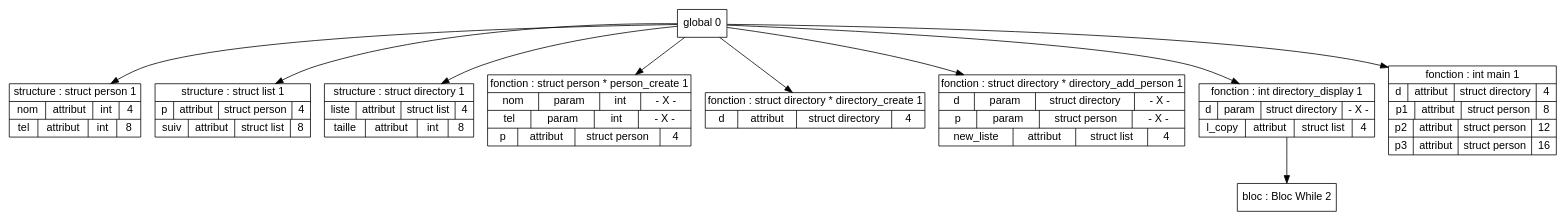
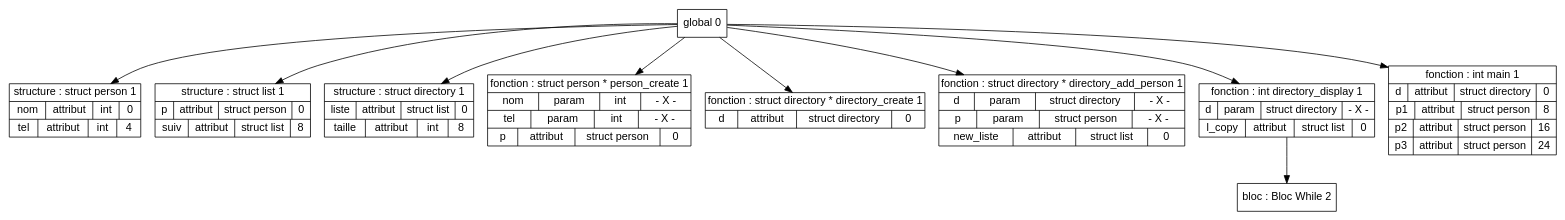
Before and after one commit to Hamza-ABDOULHOUSSEN/compil: the diagram in Code/out/tds/dot/Test_Semantique/annuaire.dot, drawn with Graphviz. The commit also changed 27 other files, not shown here.

```diff
--- a/Code/out/tds/dot/Test_Semantique/annuaire.dot
+++ b/Code/out/tds/dot/Test_Semantique/annuaire.dot
@@ -1,64 +1,64 @@
 digraph "tds"{
 
 	node [fontname="Arial"];
 
 	N1 [shape=record label="{ structure : struct person 1
-	| { nom | attribut | int | 4 }
-	| { tel | attribut | int | 8 }
+	| { nom | attribut | int | 0 }
+	| { tel | attribut | int | 4 }
 	}"];
 
 	N2 [shape=record label="{ structure : struct list 1
-	| { p | attribut | struct person | 4 }
+	| { p | attribut | struct person | 0 }
 	| { suiv | attribut | struct list | 8 }
 	}"];
 
 	N3 [shape=record label="{ structure : struct directory 1
-	| { liste | attribut | struct list | 4 }
+	| { liste | attribut | struct list | 0 }
 	| { taille | attribut | int | 8 }
 	}"];
 
 	N4 [shape=record label="{ fonction : struct person * person_create 1
 	| { nom | param | int | - X - }
 	| { tel | param | int | - X - }
-	| { p | attribut | struct person | 4 }
+	| { p | attribut | struct person | 0 }
 	}"];
 
 	N5 [shape=record label="{ fonction : struct directory * directory_create 1
-	| { d | attribut | struct directory | 4 }
+	| { d | attribut | struct directory | 0 }
 	}"];
 
 	N6 [shape=record label="{ fonction : struct directory * directory_add_person 1
 	| { d | param | struct directory | - X - }
 	| { p | param | struct person | - X - }
-	| { new_liste | attribut | struct list | 4 }
+	| { new_liste | attribut | struct list | 0 }
 	}"];
 
 	N8 [shape=record label="{ bloc : Bloc While  2
 	}"];
 
 	N7 [shape=record label="{ fonction : int directory_display 1
 	| { d | param | struct directory | - X - }
-	| { l_copy | attribut | struct list | 4 }
+	| { l_copy | attribut | struct list | 0 }
 	}"];
 
 	N9 [shape=record label="{ fonction : int main 1
-	| { d | attribut | struct directory | 4 }
+	| { d | attribut | struct directory | 0 }
 	| { p1 | attribut | struct person | 8 }
-	| { p2 | attribut | struct person | 12 }
-	| { p3 | attribut | struct person | 16 }
+	| { p2 | attribut | struct person | 16 }
+	| { p3 | attribut | struct person | 24 }
 	}"];
 
 	N0 [shape=record label="{ global 0
 	}"];
 
 
 	N0 -> N1; 
 	N0 -> N2; 
 	N0 -> N3; 
 	N0 -> N4; 
 	N0 -> N5; 
 	N0 -> N6; 
 	N0 -> N7; 
 	N7 -> N8; 
 	N0 -> N9; 
 }
```
